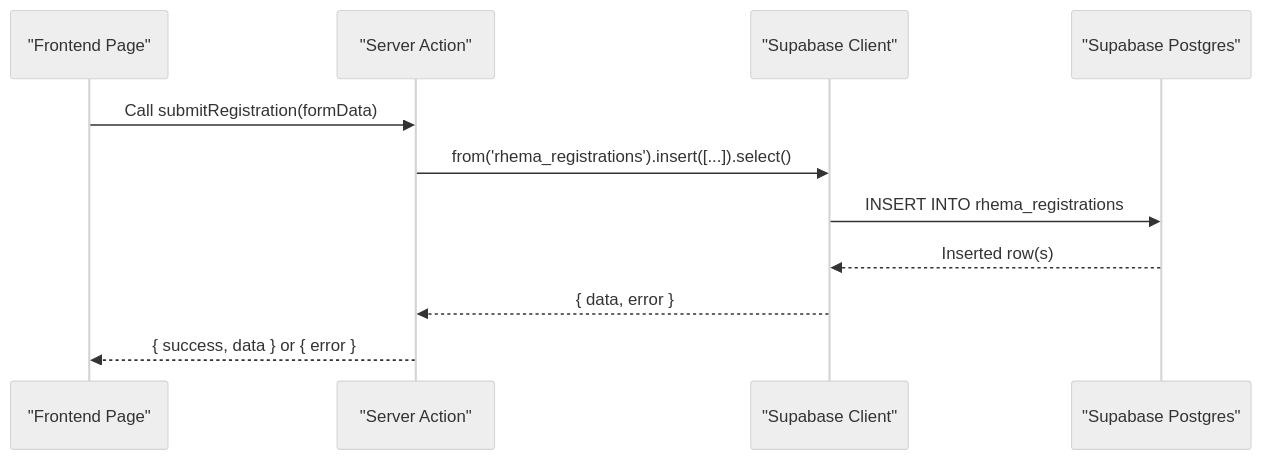
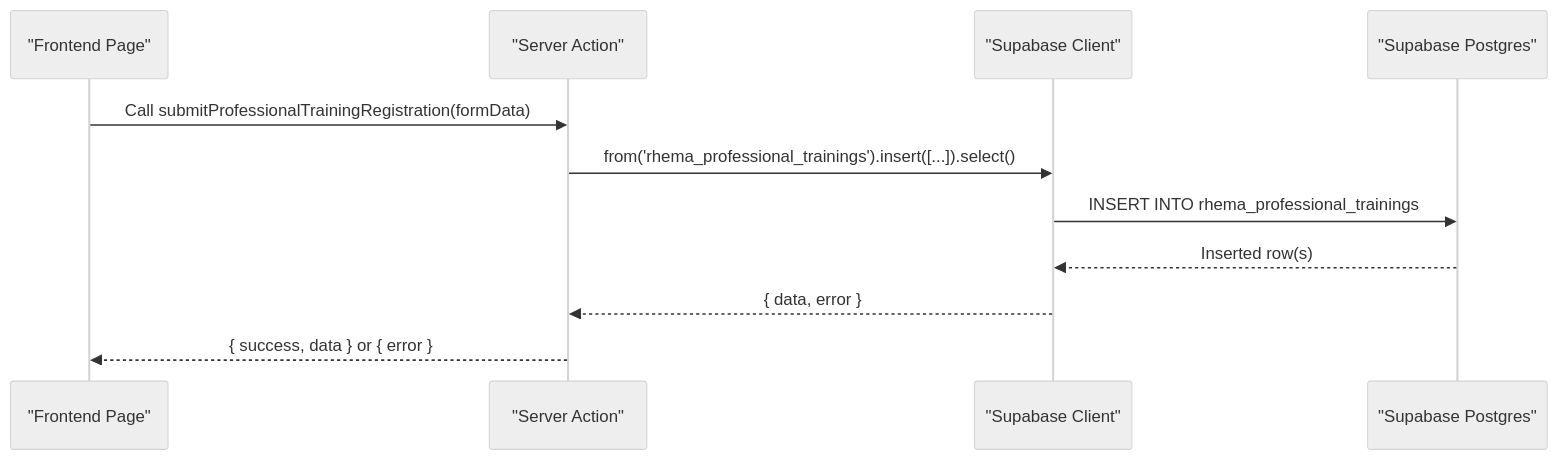
The second of 8 diagrams in .qoder/repowiki/en/content/Database Integration/Database Schema.md (Black-box01/rhemaexpertsolutions), drawn with Mermaid (neutral theme) before and after one commit. The commit also changed other lines of this file and 22 other files, not shown here.

First line of the commit message:
feat(professional-trainings): add professional training registration system

````diff
--- a/.qoder/repowiki/en/content/Database Integration/Database Schema.md
+++ b/.qoder/repowiki/en/content/Database Integration/Database Schema.md
@@ -131,13 +142,13 @@
 ```mermaid
 sequenceDiagram
 participant FE as "Frontend Page"
 participant SA as "Server Action"
 participant SC as "Supabase Client"
 participant DB as "Supabase Postgres"
-FE->>SA : Call submitRegistration(formData)
-SA->>SC : from('rhema_registrations').insert([...]).select()
-SC->>DB : INSERT INTO rhema_registrations
+FE->>SA : Call submitProfessionalTrainingRegistration(formData)
+SA->>SC : from('rhema_professional_trainings').insert([...]).select()
+SC->>DB : INSERT INTO rhema_professional_trainings
 DB-->>SC : Inserted row(s)
 SC-->>SA : { data, error }
 SA-->>FE : { success, data } or { error }
 ```
````
